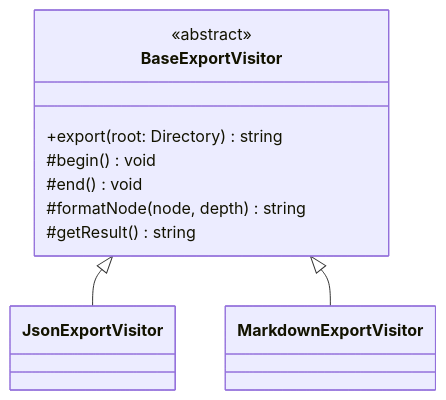
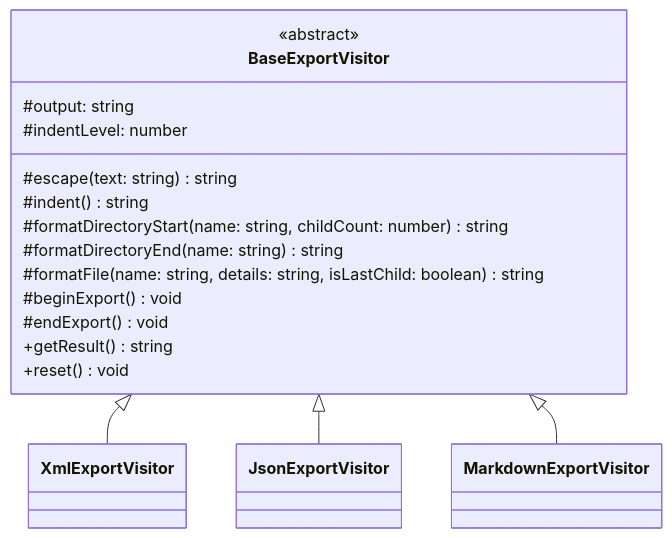
Before and after one commit to Sean11133/XD: the second of 8 diagrams in README.md, drawn with Mermaid. The commit also changed other lines of this file and 2 other files, not shown here.

Commit message:
docs: align diagrams and redesign ER schema for extensible file types

````diff
--- a/README.md
+++ b/README.md
@@ -463,16 +500,23 @@
 ```mermaid
 classDiagram
     direction TB
 
     class BaseExportVisitor {
         <<abstract>>
-        +export(root: Directory) string
-        #begin() void
-        #end() void
-        #formatNode(node, depth) string
-        #getResult() string
+    #output: string
+    #indentLevel: number
+    #escape(text: string) string
+    #indent() string
+    #formatDirectoryStart(name: string, childCount: number) string
+    #formatDirectoryEnd(name: string) string
+    #formatFile(name: string, details: string, isLastChild: boolean) string
+    #beginExport() void
+    #endExport() void
+    +getResult() string
+    +reset() void
     }
 
+  BaseExportVisitor <|-- XmlExportVisitor
     BaseExportVisitor <|-- JsonExportVisitor
     BaseExportVisitor <|-- MarkdownExportVisitor
 ```
````
